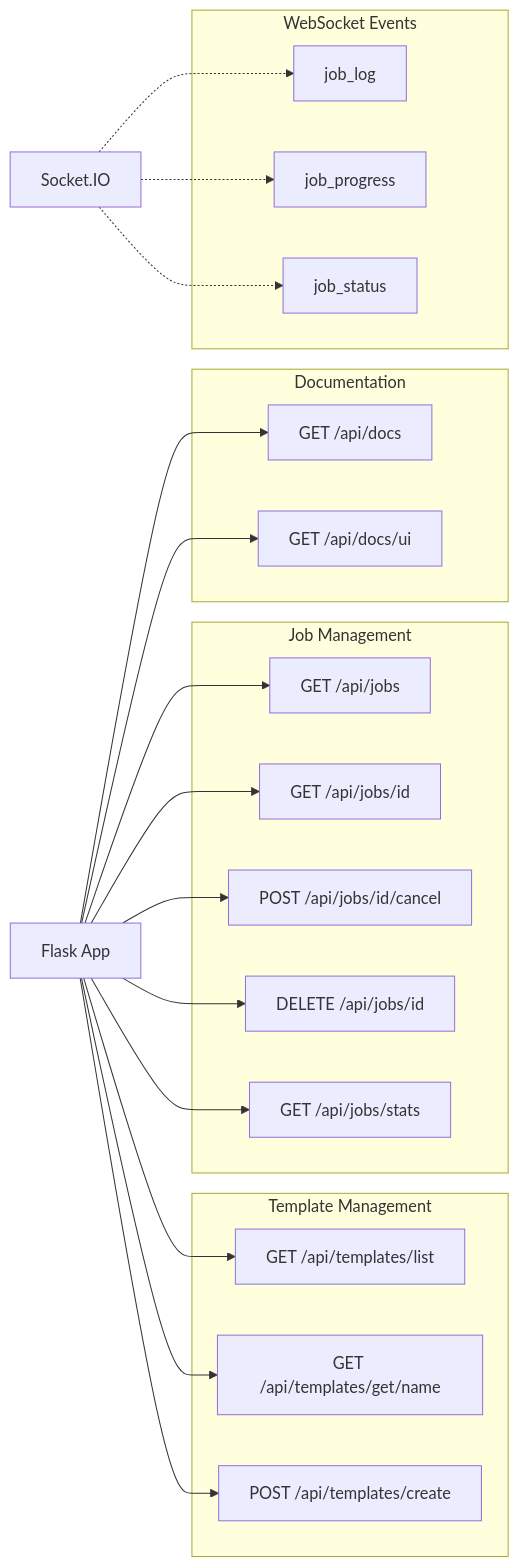
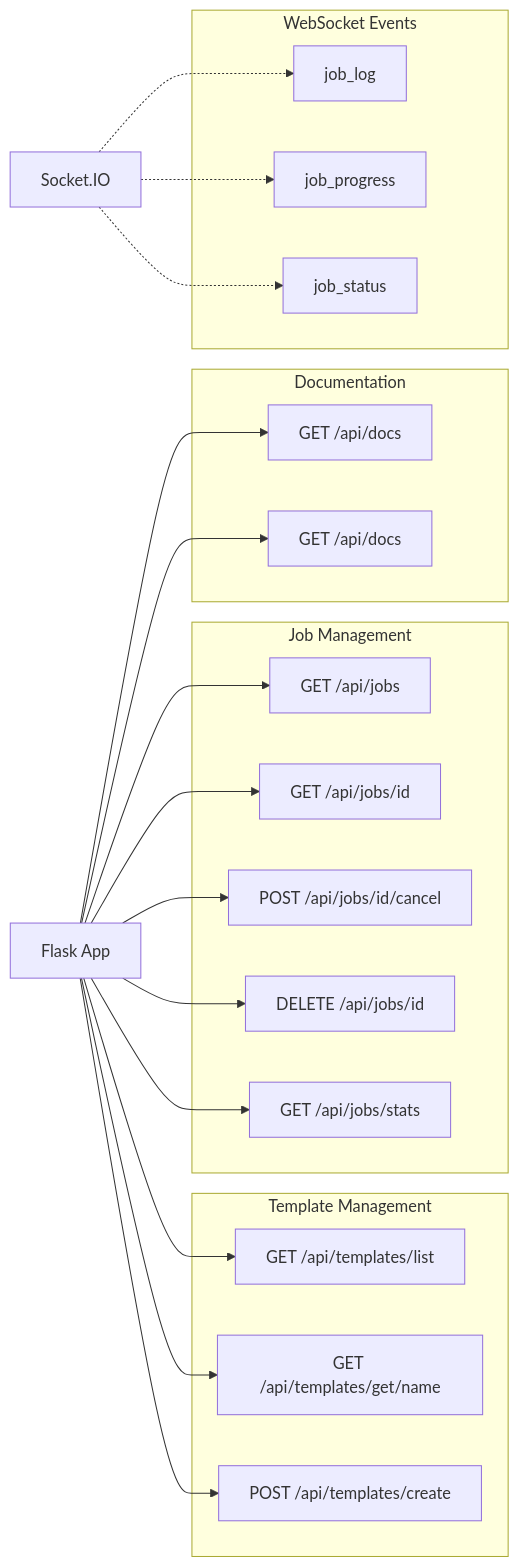
The eighth of 18 diagrams in docs/DIAGRAMS.md (jordanhubbard/kit-app-template), drawn with Mermaid before and after one commit. The commit also changed 5 other files, not shown here.

````diff
--- a/docs/DIAGRAMS.md
+++ b/docs/DIAGRAMS.md
@@ -342,42 +342,42 @@
 ```mermaid
 graph LR
     subgraph "Template Management"
         T1[GET /api/templates/list]
         T2[GET /api/templates/get/name]
         T3[POST /api/templates/create]
     end
 
     subgraph "Job Management"
         J1[GET /api/jobs]
         J2[GET /api/jobs/id]
         J3[POST /api/jobs/id/cancel]
         J4[DELETE /api/jobs/id]
         J5[GET /api/jobs/stats]
     end
 
     subgraph "Documentation"
         D1[GET /api/docs]
-        D2[GET /api/docs/ui]
+        D2[GET /api/docs]
     end
 
     subgraph "WebSocket Events"
         W1[job_log]
         W2[job_progress]
         W3[job_status]
     end
 
     API[Flask App] --> T1
     API --> T2
     API --> T3
     API --> J1
     API --> J2
     API --> J3
     API --> J4
     API --> J5
     API --> D1
     API --> D2
 
     SocketIO[Socket.IO] -.-> W1
     SocketIO -.-> W2
     SocketIO -.-> W3
 ```
````
